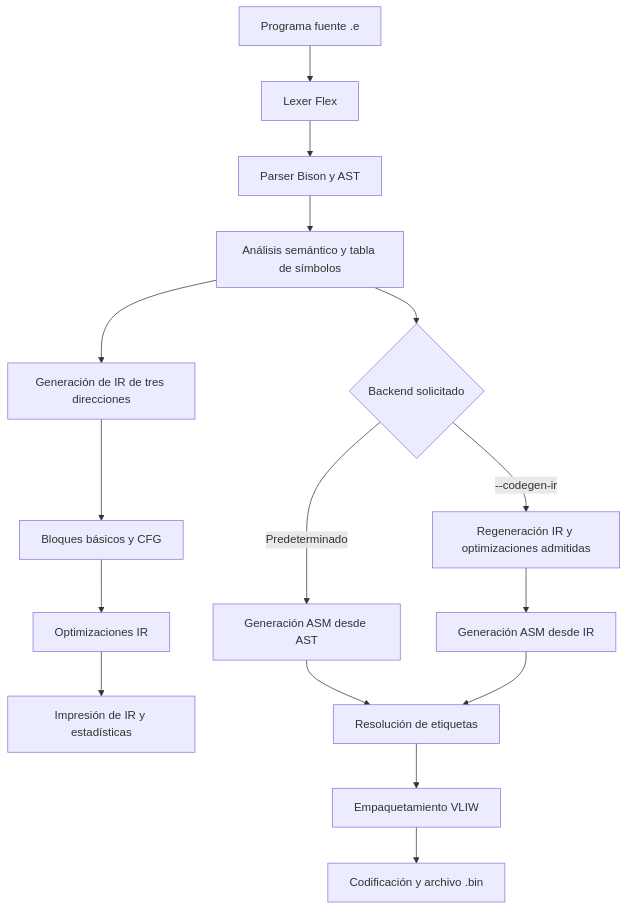
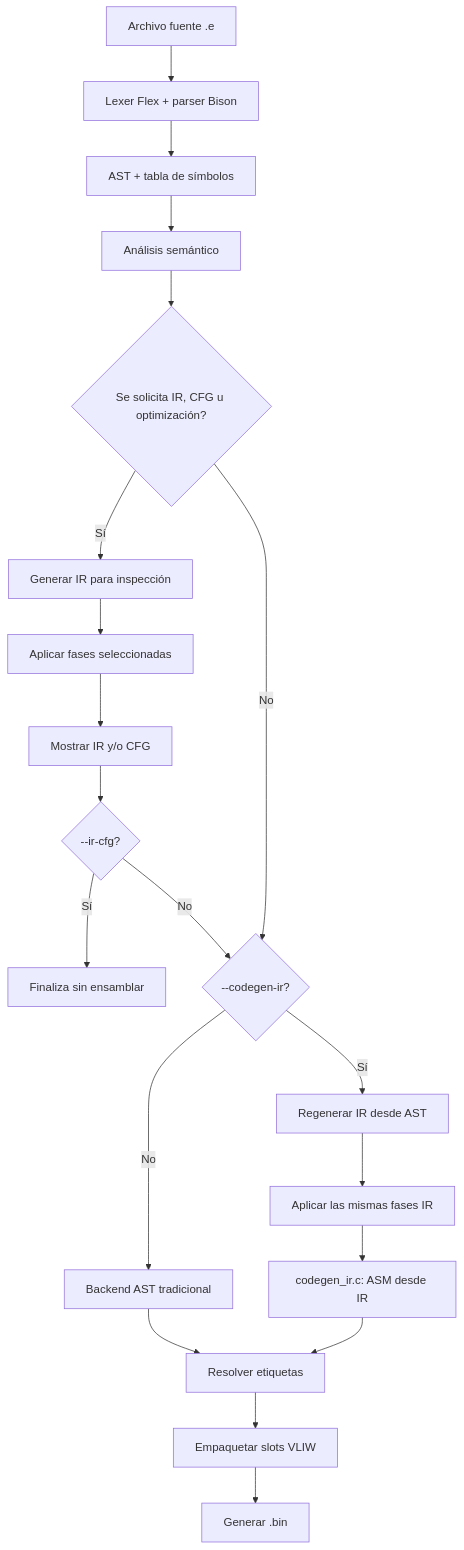
The first of 4 diagrams in proyecto-1/docs/proyecto-2/02_DISENO_DIAGRAMAS.md (FabiMC040105/CompiladoresIIS2026), drawn with Mermaid before and after one commit. The commit also changed other lines of this file and 8 other files, not shown here.

````diff
--- a/proyecto-1/docs/proyecto-2/02_DISENO_DIAGRAMAS.md
+++ b/proyecto-1/docs/proyecto-2/02_DISENO_DIAGRAMAS.md
@@ -7,18 +7,22 @@
 ```mermaid
 flowchart TD
-    S[Programa fuente .e] --> LX[Lexer Flex]
-    LX --> PS[Parser Bison y AST]
-    PS --> SEM[Análisis semántico y tabla de símbolos]
-    SEM --> IR[Generación de IR de tres direcciones]
-    IR --> CFG[Bloques básicos y CFG]
-    CFG --> OPT[Optimizaciones IR]
-    OPT --> VIS[Impresión de IR y estadísticas]
-    SEM --> CL{Backend solicitado}
-    CL -->|Predeterminado| ASTBACK[Generación ASM desde AST]
-    CL -->|--codegen-ir| IRBACK[Regeneración IR y optimizaciones admitidas]
-    IRBACK --> IRGEN[Generación ASM desde IR]
-    ASTBACK --> LABEL[Resolución de etiquetas]
-    IRGEN --> LABEL
-    LABEL --> BUNDLE[Empaquetamiento VLIW]
-    BUNDLE --> BIN[Codificación y archivo .bin]
+    FU[Archivo fuente .e] --> LEX[Lexer Flex + parser Bison]
+    LEX --> AST[AST + tabla de símbolos]
+    AST --> SEM[Análisis semántico]
+    SEM --> IR{Se solicita IR, CFG u optimización?}
+    IR -->|Sí| IR1[Generar IR para inspección]
+    IR1 --> OPT1[Aplicar fases seleccionadas]
+    OPT1 --> MOSTRAR[Mostrar IR y/o CFG]
+    MOSTRAR --> CFGSTOP{--ir-cfg?}
+    CFGSTOP -->|Sí| FINCFG[Finaliza sin ensamblar]
+    CFGSTOP -->|No| BE{--codegen-ir?}
+    IR -->|No| BE
+    BE -->|No| ASTBE[Backend AST tradicional]
+    BE -->|Sí| IR2[Regenerar IR desde AST]
+    IR2 --> OPT2[Aplicar las mismas fases IR]
+    OPT2 --> IRBE[codegen_ir.c: ASM desde IR]
+    ASTBE --> ET[Resolver etiquetas]
+    IRBE --> ET
+    ET --> PACK[Empaquetar slots VLIW]
+    PACK --> BIN[Generar .bin]
 ```
````
